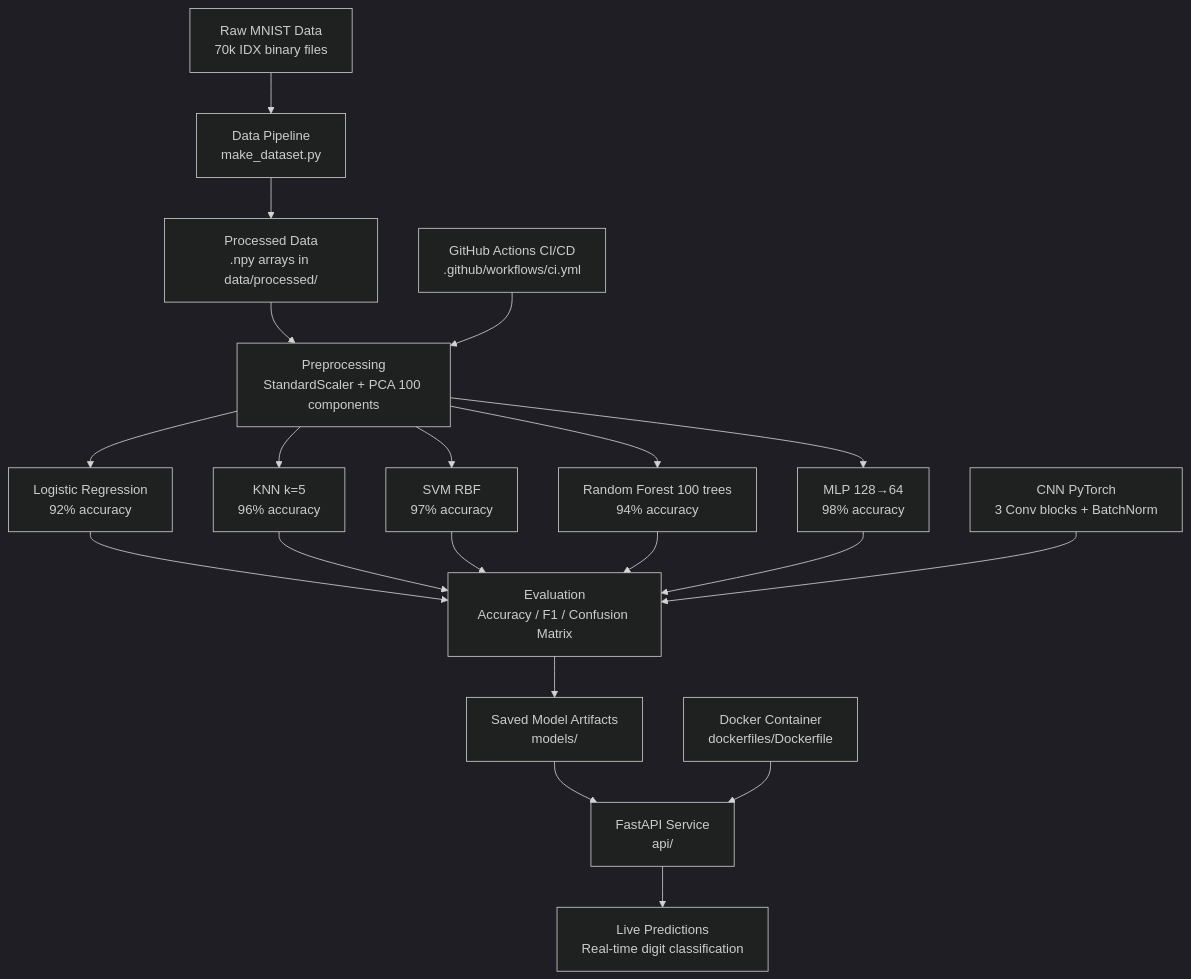
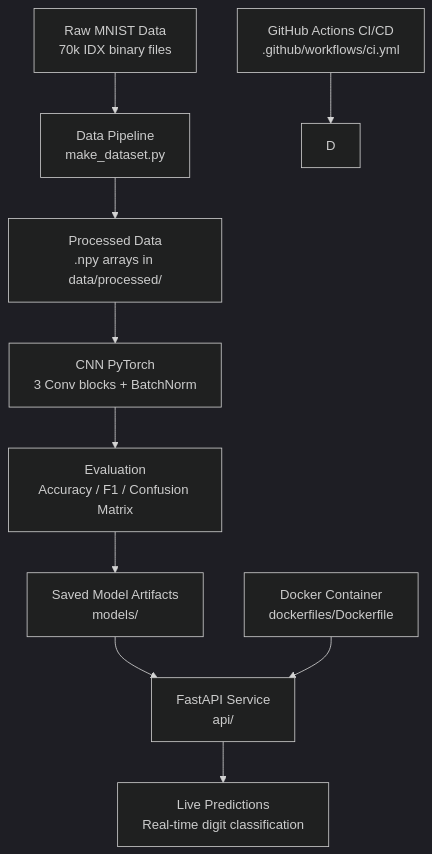
Before and after one commit to cai-squared/s4p_mnist: the diagram in README.md, drawn with Mermaid (dark theme).

Commit message:
adjusting diagram

````diff
--- a/README.md
+++ b/README.md
@@ -34,18 +34,12 @@
 ```mermaid
 flowchart TD
     A[Raw MNIST Data\n70k IDX binary files] --> B[Data Pipeline\nmake_dataset.py]
     B --> C[Processed Data\n.npy arrays in data/processed/]
-    C --> D[Preprocessing\nStandardScaler + PCA 100 components]
-    D --> E1[Logistic Regression\n92% accuracy]
-    D --> E2[KNN k=5\n96% accuracy]
-    D --> E3[SVM RBF\n97% accuracy]
-    D --> E4[Random Forest 100 trees\n94% accuracy]
-    D --> E5[MLP 128→64\n98% accuracy]
-    E6[CNN PyTorch\n3 Conv blocks + BatchNorm]
-    E1 & E2 & E3 & E4 & E5 & E6 --> F[Evaluation\nAccuracy / F1 / Confusion Matrix]
+    C --> E6[CNN PyTorch\n3 Conv blocks + BatchNorm]
+    E6 --> F[Evaluation\nAccuracy / F1 / Confusion Matrix]
     F --> G[Saved Model Artifacts\nmodels/]
     G --> H[FastAPI Service\napi/]
     H --> I[Live Predictions\nReal-time digit classification]
     J[GitHub Actions CI/CD\n.github/workflows/ci.yml] --> D
     K[Docker Container\ndockerfiles/Dockerfile] --> H
 ```
````
